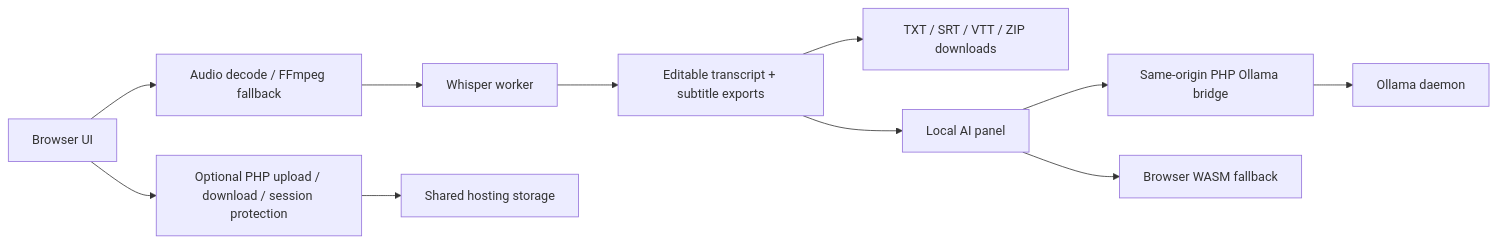
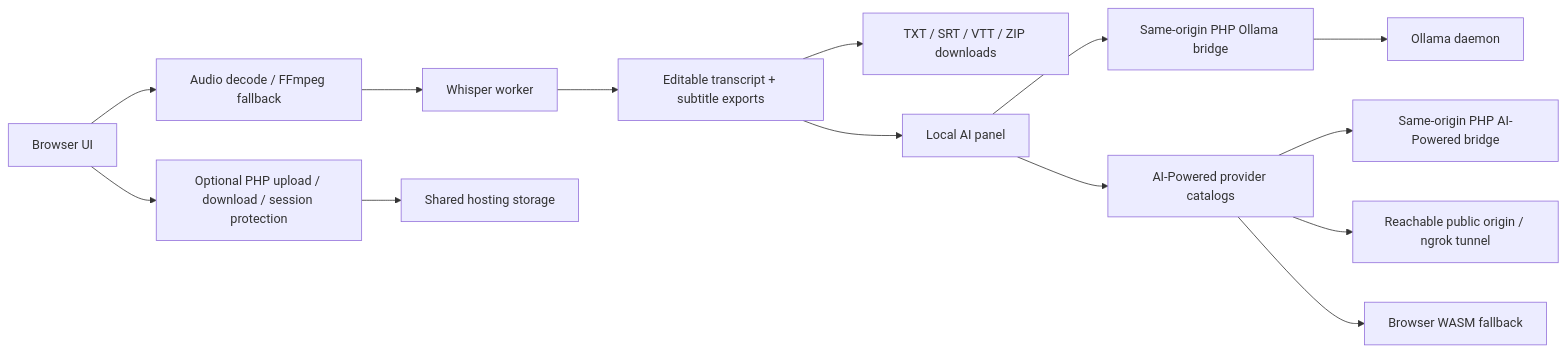
One commit to mytech-today-now/py-transcribe changed the diagram in readme.md. Above: the diagram before and after it, drawn with Mermaid. The commit also changed other lines of this file and 25 other files, not shown here.

````diff
--- a/readme.md
+++ b/readme.md
@@ -76,13 +76,16 @@
 ```mermaid
 flowchart LR
   A[Browser UI] --> B[Audio decode / FFmpeg fallback]
   B --> C[Whisper worker]
   C --> D[Editable transcript + subtitle exports]
   D --> E[TXT / SRT / VTT / ZIP downloads]
   D --> F[Local AI panel]
   F --> G[Same-origin PHP Ollama bridge]
   G --> H[Ollama daemon]
-  F --> I[Browser WASM fallback]
-  A --> J[Optional PHP upload / download / session protection]
-  J --> K[Shared hosting storage]
+  F --> I[AI-Powered provider catalogs]
+  I --> J[Same-origin PHP AI-Powered bridge]
+  I --> K[Reachable public origin / ngrok tunnel]
+  I --> L[Browser WASM fallback]
+  A --> M[Optional PHP upload / download / session protection]
+  M --> N[Shared hosting storage]
 ```
````
